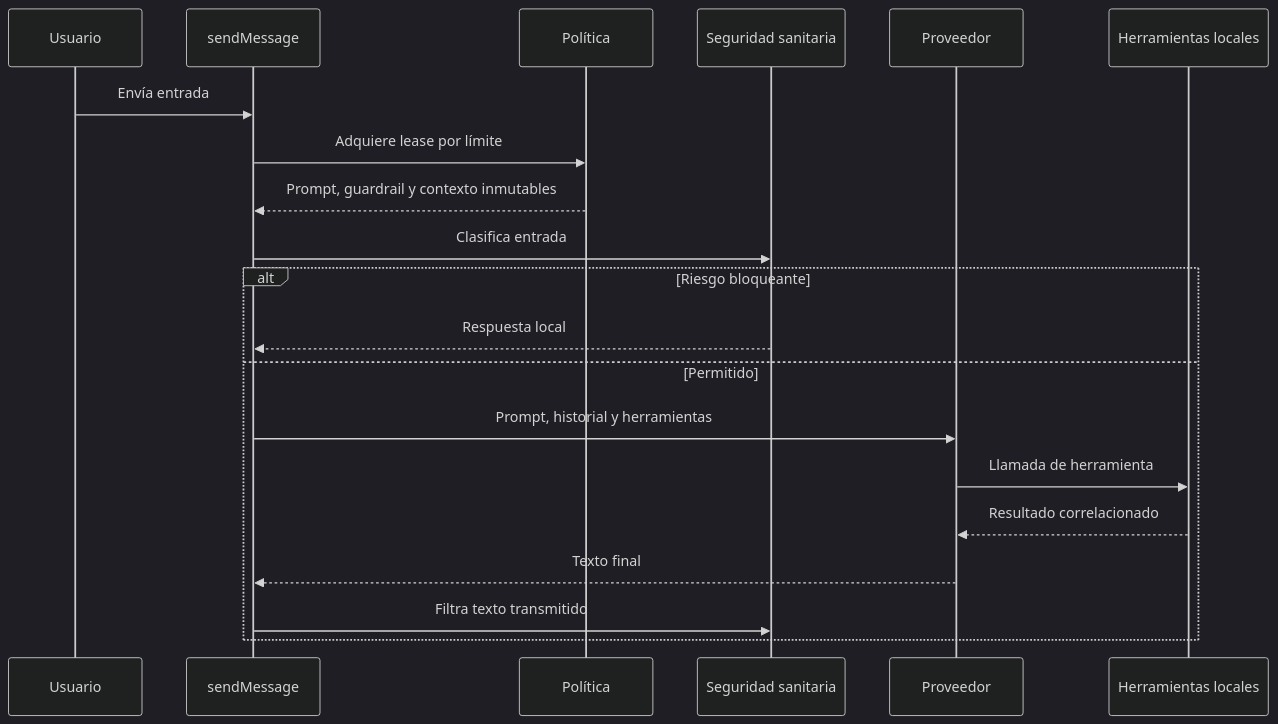
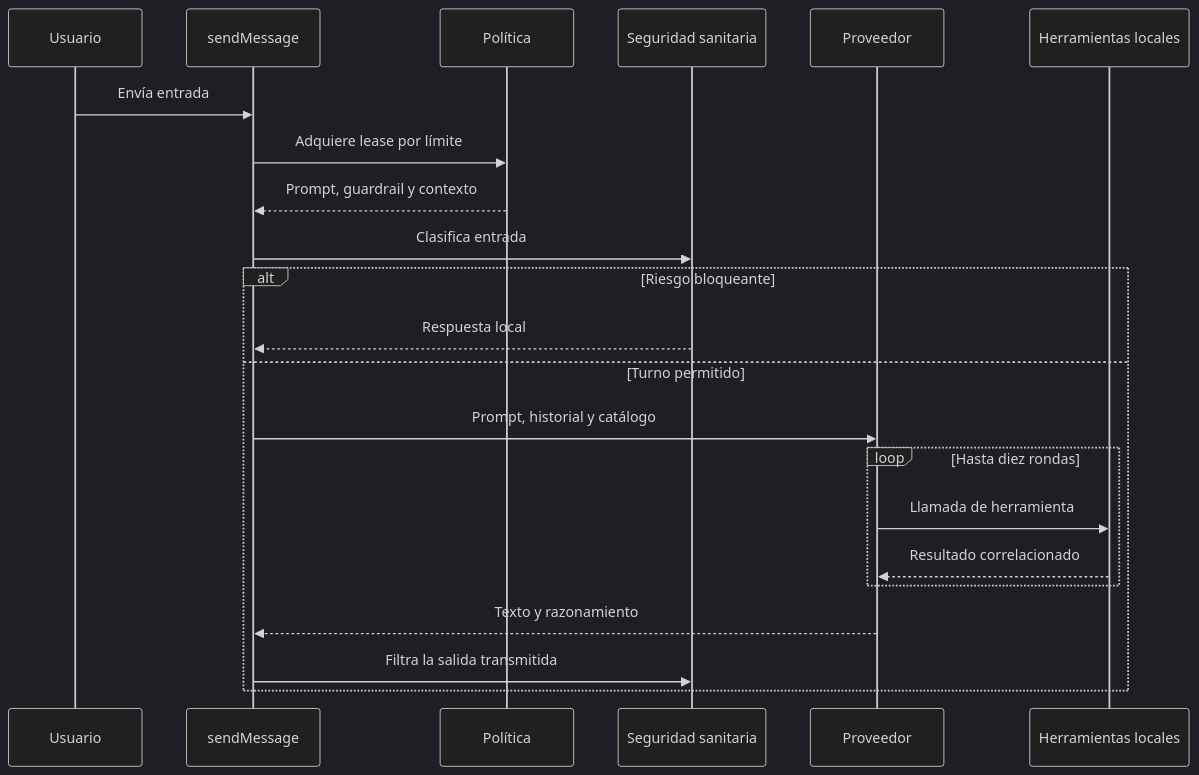
One commit to maximofn/gymnasia changed the first of 2 diagrams in openwiki/agent/runtime.md. Above: the diagram before and after it, drawn with Mermaid (dark theme). The commit also changed other lines of this file and 49 other files, not shown here.

````diff
--- a/openwiki/agent/runtime.md
+++ b/openwiki/agent/runtime.md
@@ -63,22 +72,24 @@
 ```mermaid
 sequenceDiagram
     participant User as Usuario
     participant Chat as sendMessage
     participant Lease as Política
     participant Safety as Seguridad sanitaria
     participant Provider as Proveedor
-    participant Tools as Herramientas locales
+    participant Tooling as Herramientas locales
     User->>Chat: Envía entrada
     Chat->>Lease: Adquiere lease por límite
-    Lease-->>Chat: Prompt, guardrail y contexto inmutables
+    Lease-->>Chat: Prompt, guardrail y contexto
     Chat->>Safety: Clasifica entrada
     alt Riesgo bloqueante
         Safety-->>Chat: Respuesta local
-    else Permitido
-        Chat->>Provider: Prompt, historial y herramientas
-        Provider->>Tools: Llamada de herramienta
-        Tools-->>Provider: Resultado correlacionado
-        Provider-->>Chat: Texto final
-        Chat->>Safety: Filtra texto transmitido
+    else Turno permitido
+        Chat->>Provider: Prompt, historial y catálogo
+        loop Hasta diez rondas
+            Provider->>Tooling: Llamada de herramienta
+            Tooling-->>Provider: Resultado correlacionado
+        end
+        Provider-->>Chat: Texto y razonamiento
+        Chat->>Safety: Filtra la salida transmitida
     end
 ```
````
